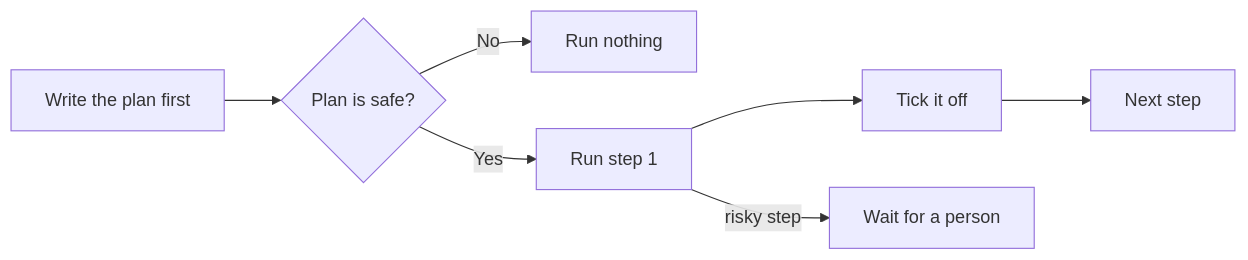
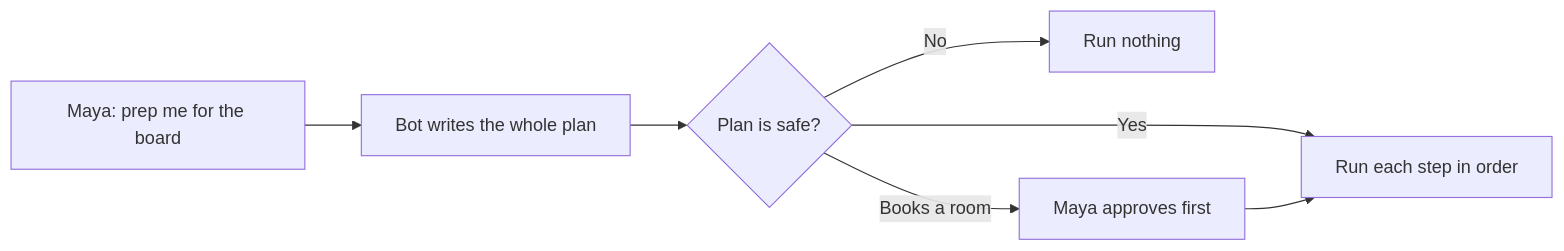
One commit to learnwithparam/agentic-ai-live-labs changed the diagram in docs/labs/17-plan-then-act.md. Above: the diagram before and after it, drawn with Mermaid. The commit also changed other lines of this file and 44 other files, not shown here.

````diff
--- a/docs/labs/17-plan-then-act.md
+++ b/docs/labs/17-plan-then-act.md
@@ -7,9 +7,9 @@
 ```mermaid
 flowchart LR
-  A["Write the plan first"] --> B{"Plan is safe?"}
+  A["Maya: prep me for the board"] --> P["Bot writes the whole plan"]
+  P --> B{"Plan is safe?"}
   B -->|"No"| X["Run nothing"]
-  B -->|"Yes"| C["Run step 1"]
-  C --> D["Tick it off"]
-  D --> E["Next step"]
-  C -->|"risky step"| W["Wait for a person"]
+  B -->|"Books a room"| W["Maya approves first"]
+  B -->|"Yes"| C["Run each step in order"]
+  W --> C
 ```
````
